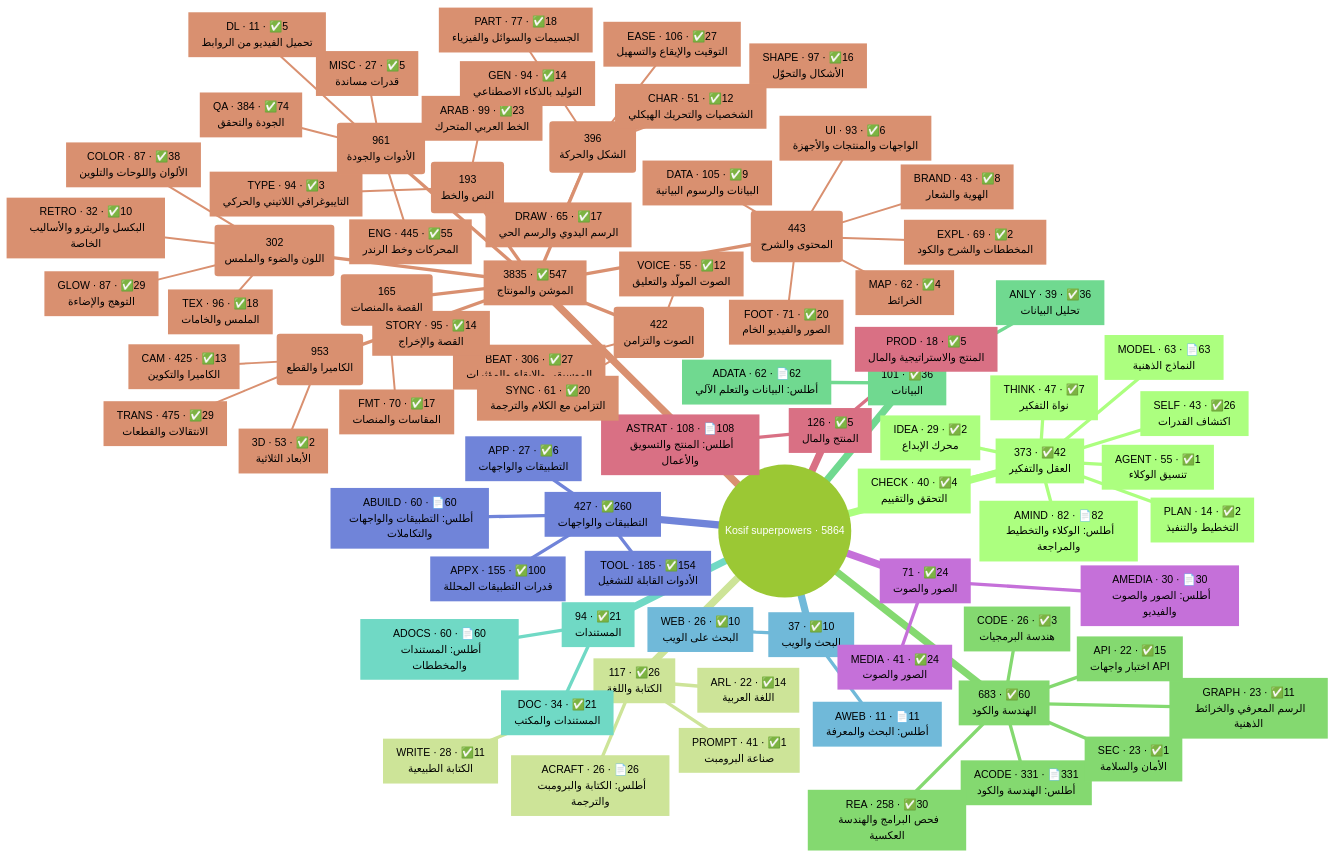
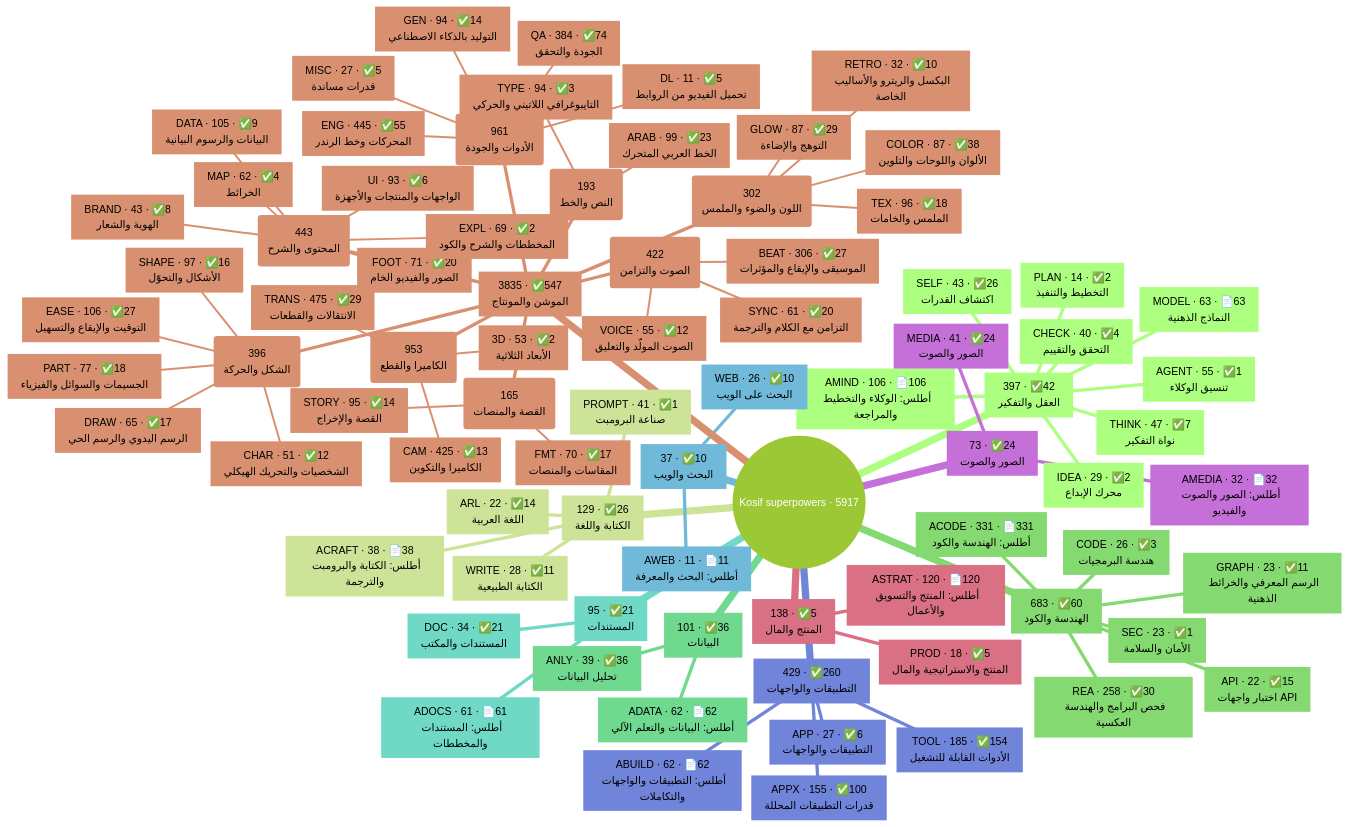
One commit to kosif199022-jpg/kosif-tool changed the first of 2 diagrams in .claude/skills/kosif-superpowers/references/capability-map.md. Above: the diagram before and after it, drawn with Mermaid (forest theme). The commit also changed 1 other file, not shown here.

Commit message:
capability map: refresh counts block for the new cards
Claude-Session: https://claude.ai/code/session_01BWUMomEwLBW6MC7VwcqFH6

````diff
--- a/.claude/skills/kosif-superpowers/references/capability-map.md
+++ b/.claude/skills/kosif-superpowers/references/capability-map.md
@@ -18,9 +18,9 @@
 ```mermaid
 mindmap
-  root((Kosif superpowers · 5864))
-    n1["`373 · ✅42
+  root((Kosif superpowers · 5917))
+    n1["`397 · ✅42
 العقل والتفكير`"]
-      n2["`AMIND · 82 · 📄82
+      n2["`AMIND · 106 · 📄106
 أطلس: الوكلاء والتخطيط والمراجعة`"]
       n3["`MODEL · 63 · 📄63
 النماذج الذهنية`"]
@@ -36,14 +36,14 @@
 محرك الإبداع`"]
       n9["`PLAN · 14 · ✅2
 التخطيط والتنفيذ`"]
-    n10["`117 · ✅26
+    n10["`129 · ✅26
 الكتابة واللغة`"]
       n11["`PROMPT · 41 · ✅1
 صناعة البرومبت`"]
-      n12["`WRITE · 28 · ✅11
+      n12["`ACRAFT · 38 · 📄38
+أطلس: الكتابة والبرومبت والترجمة`"]
+      n13["`WRITE · 28 · ✅11
 الكتابة الطبيعية`"]
-      n13["`ACRAFT · 26 · 📄26
-أطلس: الكتابة والبرومبت والترجمة`"]
       n14["`ARL · 22 · ✅14
 اللغة العربية`"]
     n15["`683 · ✅60
@@ -66,9 +66,9 @@
 أطلس: البيانات والتعلم الآلي`"]
       n24["`ANLY · 39 · ✅36
 تحليل البيانات`"]
-    n25["`94 · ✅21
+    n25["`95 · ✅21
 المستندات`"]
-      n26["`ADOCS · 60 · 📄60
+      n26["`ADOCS · 61 · 📄61
 أطلس: المستندات والمخططات`"]
       n27["`DOC · 34 · ✅21
 المستندات والمكتب`"]
@@ -78,25 +78,25 @@
 البحث على الويب`"]
       n30["`AWEB · 11 · 📄11
 أطلس: البحث والمعرفة`"]
-    n31["`427 · ✅260
+    n31["`429 · ✅260
 التطبيقات والواجهات`"]
       n32["`TOOL · 185 · ✅154
 الأدوات القابلة للتشغيل`"]
       n33["`APPX · 155 · ✅100
 قدرات التطبيقات المحللة`"]
-      n34["`ABUILD · 60 · 📄60
+      n34["`ABUILD · 62 · 📄62
 أطلس: التطبيقات والواجهات والتكاملات`"]
       n35["`APP · 27 · ✅6
 التطبيقات والواجهات`"]
-    n36["`71 · ✅24
+    n36["`73 · ✅24
 الصور والصوت`"]
       n37["`MEDIA · 41 · ✅24
 الصور والصوت`"]
-      n38["`AMEDIA · 30 · 📄30
+      n38["`AMEDIA · 32 · 📄32
 أطلس: الصور والصوت والفيديو`"]
-    n39["`126 · ✅5
+    n39["`138 · ✅5
 المنتج والمال`"]
-      n40["`ASTRAT · 108 · 📄108
+      n40["`ASTRAT · 120 · 📄120
 أطلس: المنتج والتسويق والأعمال`"]
       n41["`PROD · 18 · ✅5
 المنتج والاستراتيجية والمال`"]
````
